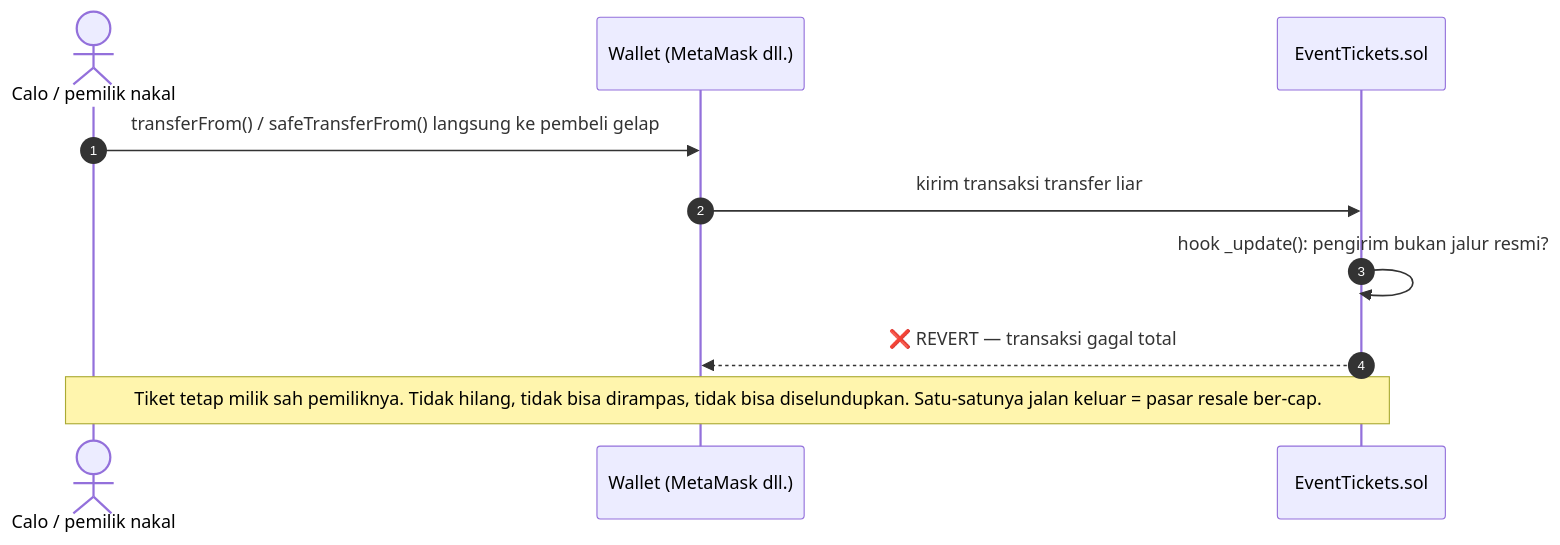
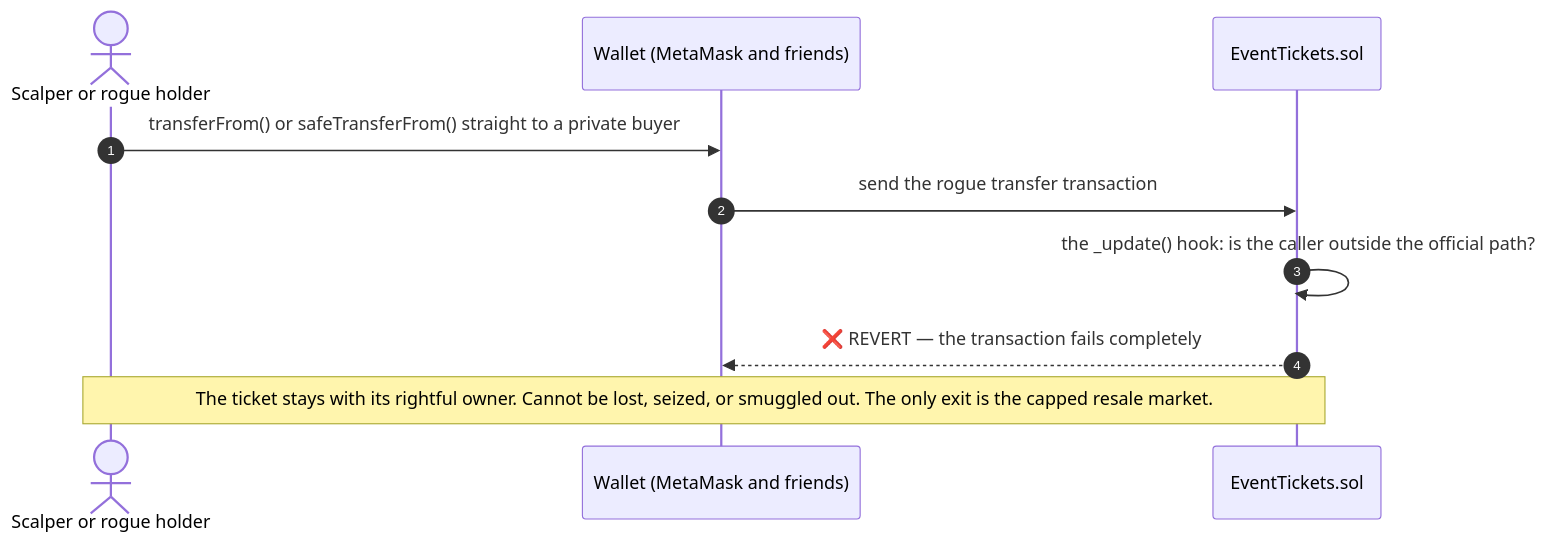
One commit to mA4rK0/sticket changed the seventh of 8 diagrams in blueprint.md. Above: the diagram before and after it, drawn with Mermaid. The commit also changed other lines of this file and 58 other files, not shown here.

Commit message:
feat(app): Sticket frontend with buyer flow, resale market, dashboard and scanner

````diff
--- a/blueprint.md
+++ b/blueprint.md
@@ -264,13 +264,13 @@
 ```mermaid
 sequenceDiagram
     autonumber
-    actor C as Calo / pemilik nakal
-    participant W as Wallet (MetaMask dll.)
+    actor C as Scalper or rogue holder
+    participant W as Wallet (MetaMask and friends)
     participant T as EventTickets.sol
 
-    C->>W: transferFrom() / safeTransferFrom() langsung ke pembeli gelap
-    W->>T: kirim transaksi transfer liar
-    T->>T: hook _update(): pengirim bukan jalur resmi?
-    T-->>W: ❌ REVERT — transaksi gagal total
-    Note over C,T: Tiket tetap milik sah pemiliknya. Tidak hilang, tidak bisa dirampas, tidak bisa diselundupkan. Satu-satunya jalan keluar = pasar resale ber-cap.
+    C->>W: transferFrom() or safeTransferFrom() straight to a private buyer
+    W->>T: send the rogue transfer transaction
+    T->>T: the _update() hook: is the caller outside the official path?
+    T-->>W: ❌ REVERT — the transaction fails completely
+    Note over C,T: The ticket stays with its rightful owner. Cannot be lost, seized, or smuggled out. The only exit is the capped resale market.
 ```
````
